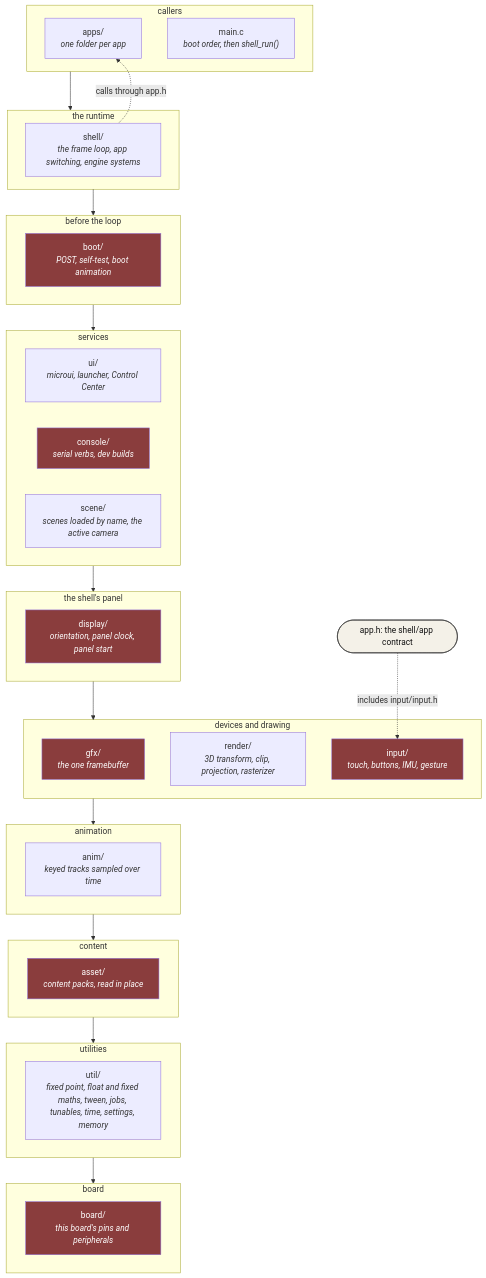
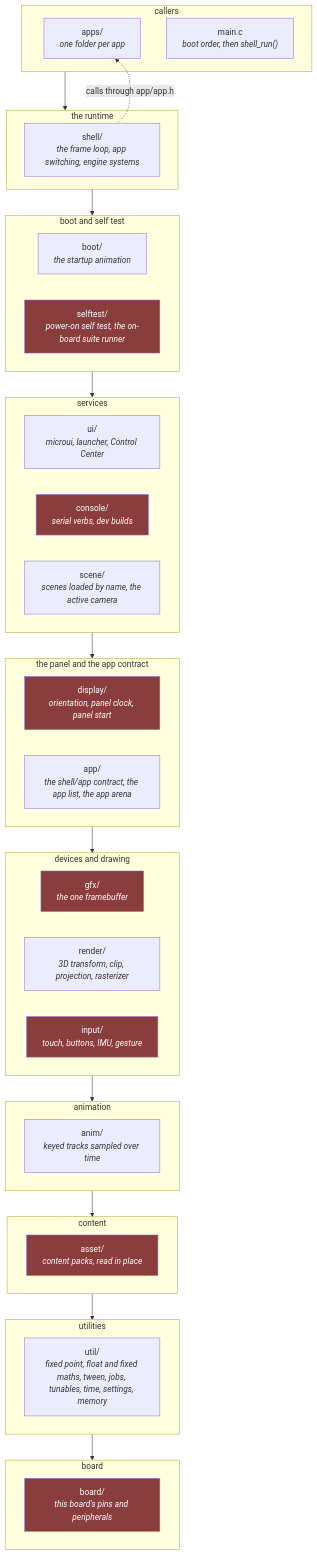
The first of 4 diagrams in docs/Firmware-Architecture.md (jose-villegas/autana), drawn with Mermaid before and after one commit. The commit also changed other lines of this file and 76 other files, not shown here.

First line of the commit message:
firmware: selftest/ out of boot/, app contract and registry into app/ (#649)

````diff
--- a/docs/Firmware-Architecture.md
+++ b/docs/Firmware-Architecture.md
@@ -46,46 +47,45 @@
 ```mermaid
 flowchart TB
     classDef hw fill:#8a3d3d,color:#fff
-    classDef contract fill:#f4f1e8,stroke:#333,stroke-width:1px,color:#111
 
     subgraph R1["callers"]
         Apps["apps/<br/><i>one folder per app</i>"]
         Main["main.c<br/><i>boot order, then shell_run()</i>"]
     end
     subgraph R2["the runtime"]
         Shell["shell/<br/><i>the frame loop, app switching, engine systems</i>"]
     end
-    subgraph R3["before the loop"]
-        Boot["boot/<br/><i>POST, self-test, boot animation</i>"]:::hw
+    subgraph R3["boot and self test"]
+        Boot["boot/<br/><i>the startup animation</i>"]
+        Selftest["selftest/<br/><i>power-on self test, the on-board suite runner</i>"]:::hw
     end
     subgraph R4["services"]
         Ui["ui/<br/><i>microui, launcher, Control Center</i>"]
         Console["console/<br/><i>serial verbs, dev builds</i>"]:::hw
         Scene["scene/<br/><i>scenes loaded by name, the active camera</i>"]
     end
-    subgraph R5["the shell's panel"]
+    subgraph R5["the panel and the app contract"]
         Display["display/<br/><i>orientation, panel clock, panel start</i>"]:::hw
+        App["app/<br/><i>the shell/app contract, the app list, the app arena</i>"]
     end
     subgraph R6["devices and drawing"]
         Gfx["gfx/<br/><i>the one framebuffer</i>"]:::hw
         Render["render/<br/><i>3D transform, clip, projection, rasterizer</i>"]
         Input["input/<br/><i>touch, buttons, IMU, gesture</i>"]:::hw
     end
     subgraph R7["animation"]
         Anim["anim/<br/><i>keyed tracks sampled over time</i>"]
     end
     subgraph R8["content"]
         Asset["asset/<br/><i>content packs, read in place</i>"]:::hw
     end
     subgraph R9["utilities"]
         Util["util/<br/><i>fixed point, float and fixed maths, tween, jobs, tunables, time, settings, memory</i>"]
     end
     subgraph R10["board"]
         Board["board/<br/><i>this board's pins and peripherals</i>"]:::hw
     end
 
     R1 --> R2 --> R3 --> R4 --> R5 --> R6 --> R7 --> R8 --> R9 --> R10
-    Contract(["app.h: the shell/app contract"]):::contract
-    Shell -.->|"calls through app.h"| Apps
-    Contract -.->|"includes input/input.h"| Input
+    Shell -.->|"calls through app/app.h"| Apps
 ```
````
